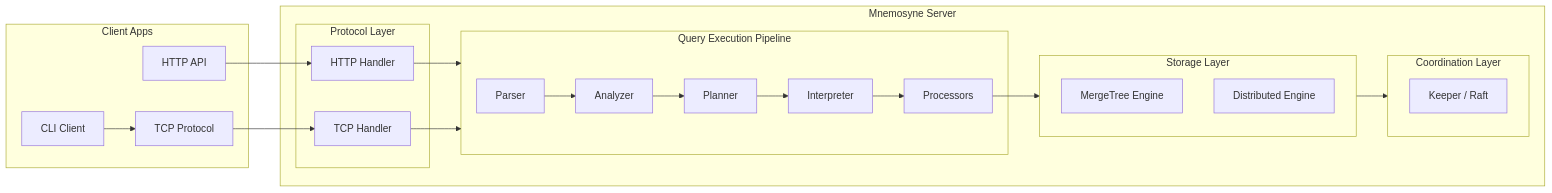
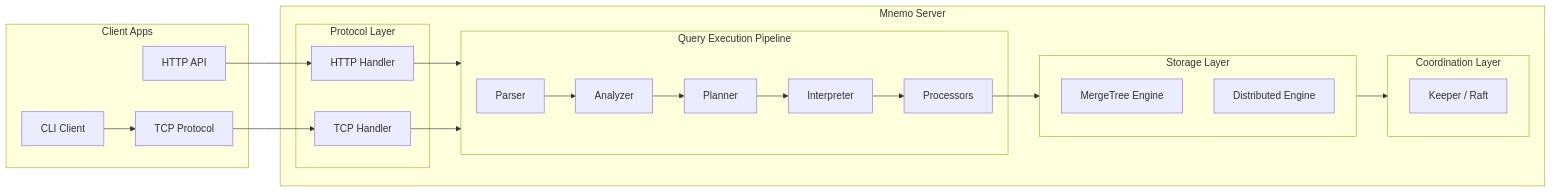
One commit to TomiTsuma/Mnemosyne changed the first of 4 diagrams in README.md. Above: the diagram before and after it, drawn with Mermaid. The commit also changed other lines of this file and 9 other files, not shown here.

````diff
--- a/README.md
+++ b/README.md
@@ -25,39 +25,39 @@
 ```mermaid
 graph LR
     subgraph Client["Client Apps"]
         CLI["CLI Client"]
         HTTP["HTTP API"]
         TCP["TCP Protocol"]
     end
 
-    subgraph Server["Mnemosyne Server"]
+    subgraph Server["Mnemo Server"]
         subgraph Protocol["Protocol Layer"]
             HTTPH["HTTP Handler"]
             TCPS["TCP Handler"]
         end
 
         subgraph Execution["Query Execution Pipeline"]
             P[Parser] --> A[Analyzer]
             A --> PL[Planner]
             PL --> I[Interpreter]
             I --> PR[Processors]
         end
 
         subgraph Storage["Storage Layer"]
             MT[MergeTree Engine]
             DIST[Distributed Engine]
         end
 
         subgraph Coordination["Coordination Layer"]
             K[Keeper / Raft]
         end
     end
 
     CLI --> TCP
     HTTP --> HTTPH
     TCP --> TCPS
     HTTPH --> Execution
     TCPS --> Execution
     PR --> Storage
     Storage --> Coordination
 ```
````
